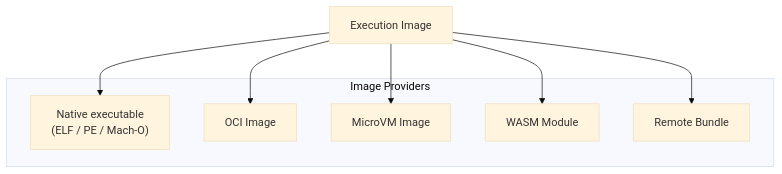
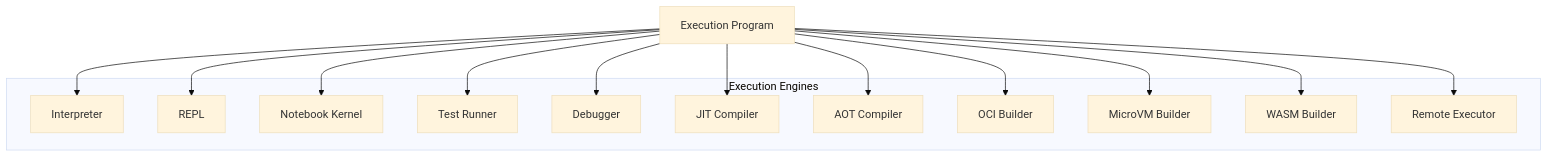
Before and after one commit to orthon-lang/docs: the second of 2 diagrams in how/architecture/ARCHITECTURE.md, drawn with Mermaid (base theme). The commit also changed other lines of this file and 5 other files, not shown here.

Commit message:
feat: Introduce Execution Program concept and update related documentation

````diff
--- a/how/architecture/ARCHITECTURE.md
+++ b/how/architecture/ARCHITECTURE.md
@@ -201,18 +206,30 @@
 ``` mermaid
 flowchart TD
-    EI["Execution Image"]
+    EP["Execution Program"]
 
-    subgraph PROVIDERS["Image Providers"]
-        NATIVE["Native executable<br/>(ELF / PE / Mach-O)"]
-        OCI["OCI Image"]
-        MICROVM["MicroVM Image"]
-        WASM["WASM Module"]
-        REMOTE["Remote Bundle"]
+    subgraph ENGINES["Execution Engines"]
+        INTERP["Interpreter"]
+        REPL["REPL"]
+        NOTEBOOK["Notebook Kernel"]
+        TEST["Test Runner"]
+        DEBUG["Debugger"]
+        JIT["JIT Compiler"]
+        AOT["AOT Compiler"]
+        OCI["OCI Builder"]
+        MICROVM["MicroVM Builder"]
+        WASM["WASM Builder"]
+        REMOTE["Remote Executor"]
     end
 
-    EI --> NATIVE
-    EI --> OCI
-    EI --> MICROVM
-    EI --> WASM
-    EI --> REMOTE
+    EP --> INTERP
+    EP --> REPL
+    EP --> NOTEBOOK
+    EP --> TEST
+    EP --> DEBUG
+    EP --> JIT
+    EP --> AOT
+    EP --> OCI
+    EP --> MICROVM
+    EP --> WASM
+    EP --> REMOTE
 ```
````
